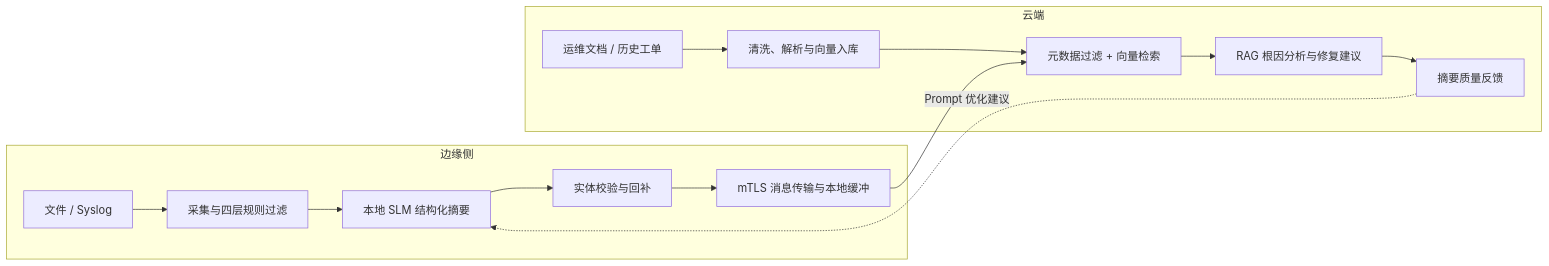
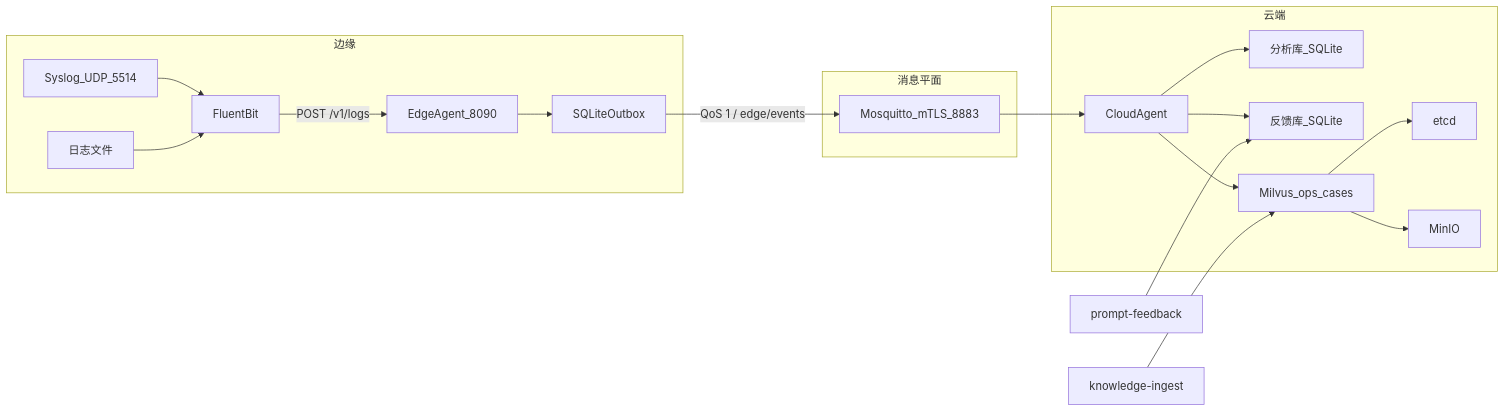
The first of 4 diagrams in README.md (fanqingsong/edge-semantic-compress-intelligence), drawn with Mermaid before and after one commit. The commit also changed other lines of this file and 50 other files, not shown here.

````diff
--- a/README.md
+++ b/README.md
@@ -9,19 +15,32 @@
 ```mermaid
 flowchart LR
-	subgraph Edge[边缘侧]
-		A[文件 / Syslog] --> B[采集与四层规则过滤]
-		B --> C[本地 SLM 结构化摘要]
-		C --> D[实体校验与回补]
-		D --> E[mTLS 消息传输与本地缓冲]
+	subgraph EdgeDeploy[边缘]
+		LogFiles[日志文件] --> FluentBit[FluentBit]
+		SyslogUdp[Syslog_UDP_5514] --> FluentBit
+		FluentBit -->|"POST /v1/logs"| EdgeAgent[EdgeAgent_8090]
+		EdgeAgent --> Outbox[SQLiteOutbox]
 	end
 
-	subgraph Cloud[云端]
-		F[运维文档 / 历史工单] --> G[清洗、解析与向量入库]
-		E --> H[元数据过滤 + 向量检索]
-		G --> H
-		H --> I[RAG 根因分析与修复建议]
-		I --> J[摘要质量反馈]
+	subgraph Broker[消息平面]
+		Mosquitto[Mosquitto_mTLS_8883]
 	end
 
-	J -. Prompt 优化建议 .-> C
+	subgraph CloudDeploy[云端]
+		CloudAgent[CloudAgent]
+		AnalysisDb[分析库_SQLite]
+		FeedbackDb[反馈库_SQLite]
+		Milvus[Milvus_ops_cases]
+		Etcd[etcd]
+		Minio[MinIO]
+	end
+
+	KnowledgeCli[knowledge-ingest] --> Milvus
+	FeedbackCli[prompt-feedback] --> FeedbackDb
+	Outbox -->|"QoS 1 / edge/events"| Mosquitto
+	Mosquitto --> CloudAgent
+	CloudAgent --> AnalysisDb
+	CloudAgent --> FeedbackDb
+	CloudAgent --> Milvus
+	Milvus --> Etcd
+	Milvus --> Minio
 ```
````
